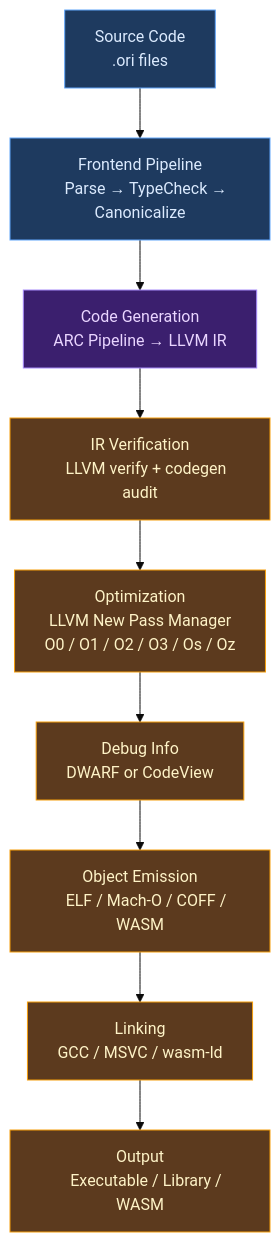
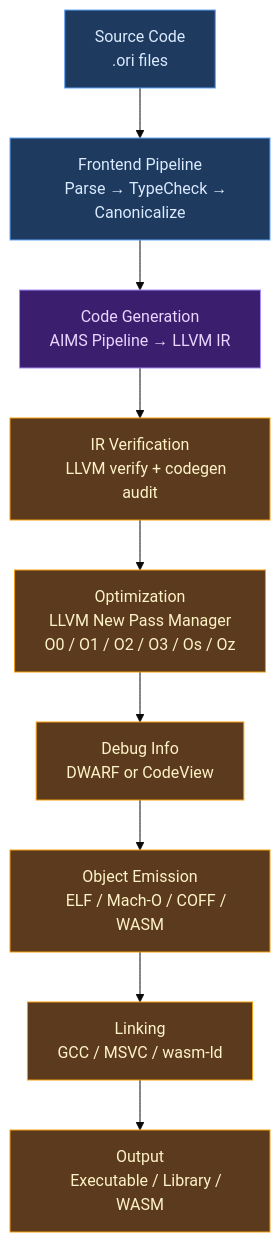
The diagram in docs/compiler/design/10-llvm-backend/aot.md (upstat-io/ori-lang), drawn with Mermaid (base theme) before and after one commit. The commit also changed 51 other files, not shown here.

````diff
--- a/docs/compiler/design/10-llvm-backend/aot.md
+++ b/docs/compiler/design/10-llvm-backend/aot.md
@@ -56,53 +56,53 @@
 ```mermaid
 flowchart TB
     Source["Source Code
     .ori files"]
 
     Frontend["Frontend Pipeline
     Parse → TypeCheck → Canonicalize"]
 
     Codegen["Code Generation
-    ARC Pipeline → LLVM IR"]
+    AIMS Pipeline → LLVM IR"]
 
     Verify["IR Verification
     LLVM verify + codegen audit"]
 
     Optimize["Optimization
     LLVM New Pass Manager
     O0 / O1 / O2 / O3 / Os / Oz"]
 
     Debug["Debug Info
     DWARF or CodeView"]
 
     Object["Object Emission
     ELF / Mach-O / COFF / WASM"]
 
     Link["Linking
     GCC / MSVC / wasm-ld"]
 
     Output["Output
     Executable / Library / WASM"]
 
     Source --> Frontend
     Frontend --> Codegen
     Codegen --> Verify
     Verify --> Optimize
     Optimize --> Debug
     Debug --> Object
     Object --> Link
     Link --> Output
 
     classDef frontend fill:#1e3a5f,stroke:#60a5fa,color:#dbeafe
     classDef canon fill:#3b1f6e,stroke:#a78bfa,color:#e9d5ff
     classDef native fill:#5c3a1e,stroke:#f59e0b,color:#fef3c7
 
     class Source frontend
     class Frontend frontend
     class Codegen canon
     class Verify native
     class Optimize native
     class Debug native
     class Object native
     class Link native
     class Output native
 ```
````
